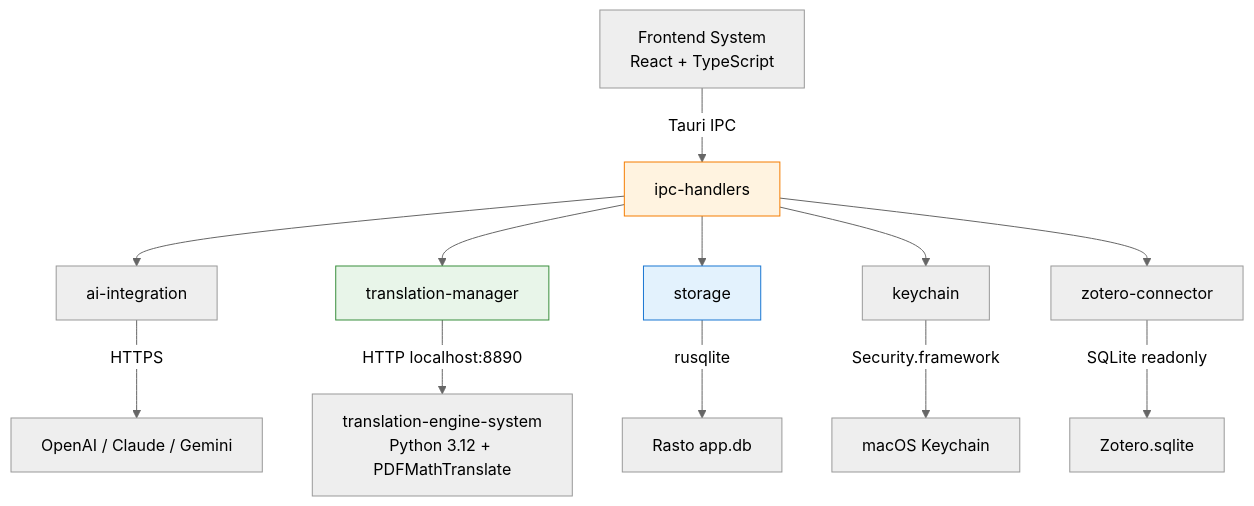
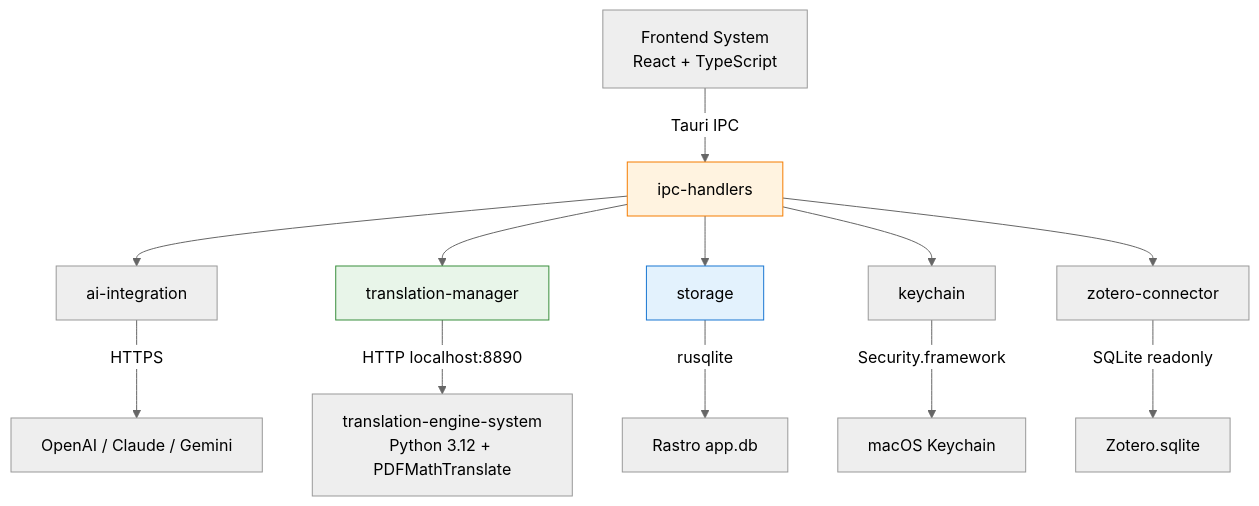
The first of 2 diagrams in genesis/v1/04_SYSTEM_DESIGN/rust-backend-system.md (xkkabishou/rastro), drawn with Mermaid (neutral theme) before and after one commit. The commit also changed other lines of this file and 101 other files, not shown here.

````diff
--- a/genesis/v1/04_SYSTEM_DESIGN/rust-backend-system.md
+++ b/genesis/v1/04_SYSTEM_DESIGN/rust-backend-system.md
@@ -47,20 +47,20 @@
 ```mermaid
 graph TD
     FE["Frontend System<br/>React + TypeScript"] -->|Tauri IPC| IPC["ipc-handlers"]
 
     IPC --> AI["ai-integration"]
     IPC --> TM["translation-manager"]
     IPC --> DB["storage"]
     IPC --> KC["keychain"]
     IPC --> ZT["zotero-connector"]
 
     TM -->|HTTP localhost:8890| TE["translation-engine-system<br/>Python 3.12 + PDFMathTranslate"]
     AI -->|HTTPS| APIS["OpenAI / Claude / Gemini"]
     KC -->|Security.framework| KEYCHAIN["macOS Keychain"]
     ZT -->|SQLite readonly| ZDB["Zotero.sqlite"]
-    DB -->|rusqlite| SQLITE["Rasto app.db"]
+    DB -->|rusqlite| SQLITE["Rastro app.db"]
 
     style IPC fill:#fff3e0,stroke:#f57c00
     style TM fill:#e8f5e9,stroke:#388e3c
     style DB fill:#e3f2fd,stroke:#1976d2
 ```
````
